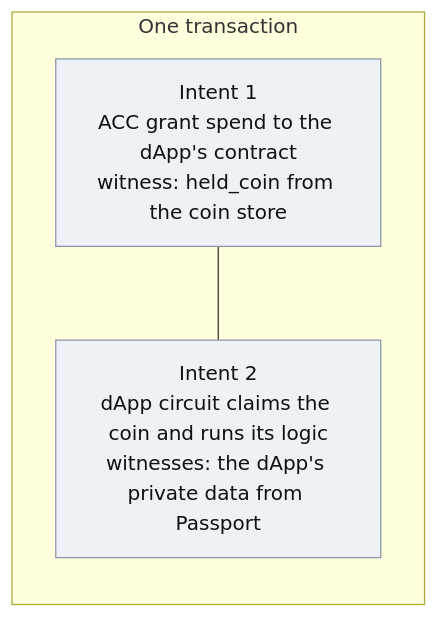
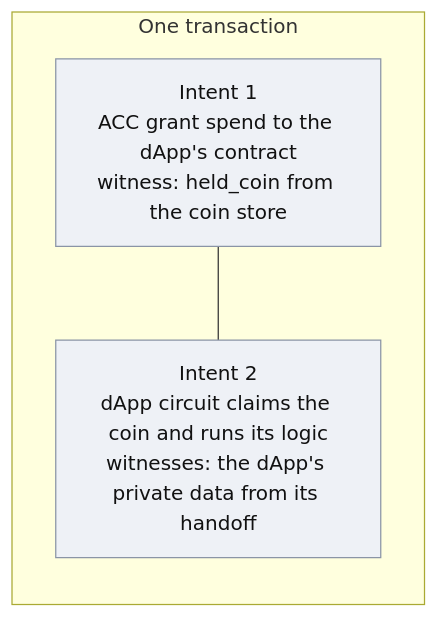
Before and after one commit to midnightntwrk/midnight-passport-sdk: the fourth of 4 diagrams in docs/proposals/2026-09-25-sdk-realignment.md, drawn with Mermaid. The commit also changed other lines of this file and 3 other files, not shown here.

````diff
--- a/docs/proposals/2026-09-25-sdk-realignment.md
+++ b/docs/proposals/2026-09-25-sdk-realignment.md
@@ -500,12 +612,12 @@
 ```mermaid
 flowchart LR
     subgraph tx[One transaction]
         direction TB
         I1[Intent 1<br/>ACC grant spend to the dApp's contract<br/>witness: held_coin from the coin store]
-        I2[Intent 2<br/>dApp circuit claims the coin and runs its logic<br/>witnesses: the dApp's private data from Passport]
+        I2[Intent 2<br/>dApp circuit claims the coin and runs its logic<br/>witnesses: the dApp's private data from its handoff]
     end
     I1 --- I2
 
     classDef intent fill:#eef1f6,color:#111111,stroke:#8a94a6
     class I1,I2 intent
 ```
````
